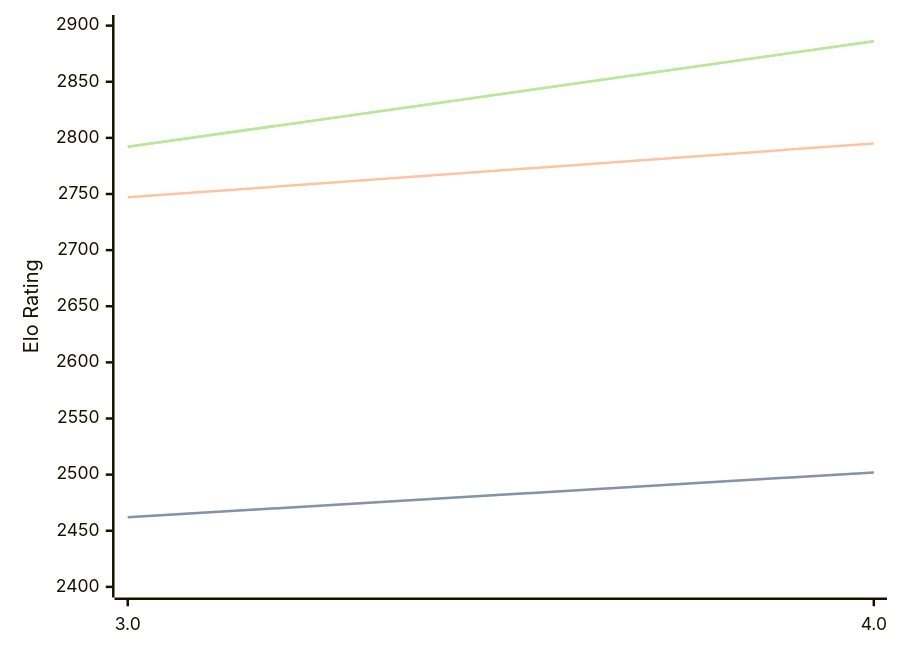
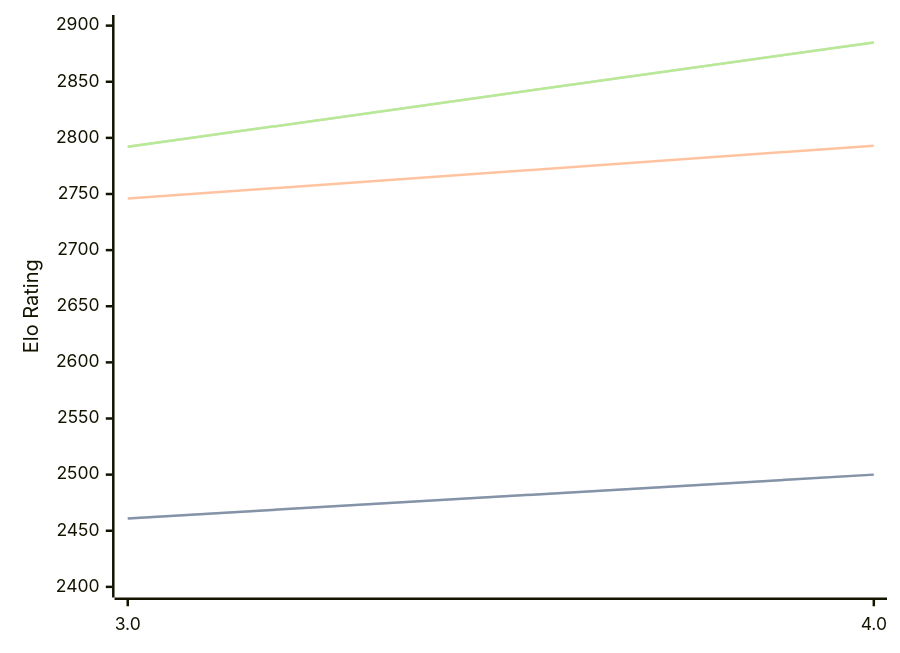
The third of 3 diagrams in engines/Chess3.md (computer-chess-index/cci), drawn with Mermaid before and after one commit. The commit also changed other lines of this file, not shown here.

Commit message:
Update CCI Ratings (ELO VLTC) - 2026-07-15

````diff
--- a/engines/Chess3.md
+++ b/engines/Chess3.md
@@ -67,11 +67,11 @@
 ```mermaid
 %%{init: {"theme":"base","themeVariables":{"seriesColors:['#a3a3a3','#222221','#faa371']}}}%%
 xychart-beta
   x-axis ["3.0", "4.0"]
   y-axis "Elo Rating" 2400 --> 2900
-  line "STC (8.0+0.08s)" [2462, 2502]
-  line "STC (8.0+0.08s)" [2462, 2502]
-  line "LTC (60.0+0.60s)" [2747, 2795]
-  line "VLTC (2m24s+1.12s)" [2792, 2886]
-  line "VLTC (2m24s+1.12s)" [2792, 2886]
+  line "STC (8.0+0.08s)" [2461, 2500]
+  line "STC (8.0+0.08s)" [2461, 2500]
+  line "LTC (60.0+0.60s)" [2746, 2793]
+  line "VLTC (2m24s+1.12s)" [2792, 2885]
+  line "VLTC (2m24s+1.12s)" [2792, 2885]
 ```
````
